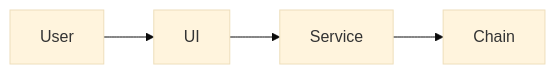
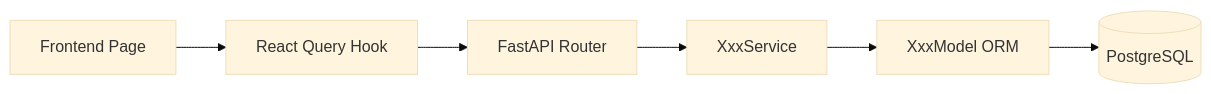
Before and after one commit to yihua-zhuo/agent-job: the first of 2 diagrams in docs/dev-plan/_template-deep.md, drawn with Mermaid (base theme). The commit also changed other lines of this file and 31 other files, not shown here.

````diff
--- a/docs/dev-plan/_template-deep.md
+++ b/docs/dev-plan/_template-deep.md
@@ -63,6 +70,8 @@
 ```mermaid
 flowchart LR
-    user[User] --> ui[UI]
-    ui --> service[Service]
-    service --> chain[Chain]
+    user[Frontend Page] --> hook[React Query Hook]
+    hook --> router[FastAPI Router]
+    router --> service[XxxService]
+    service --> orm[XxxModel ORM]
+    orm --> db[(PostgreSQL)]
 ```
````
